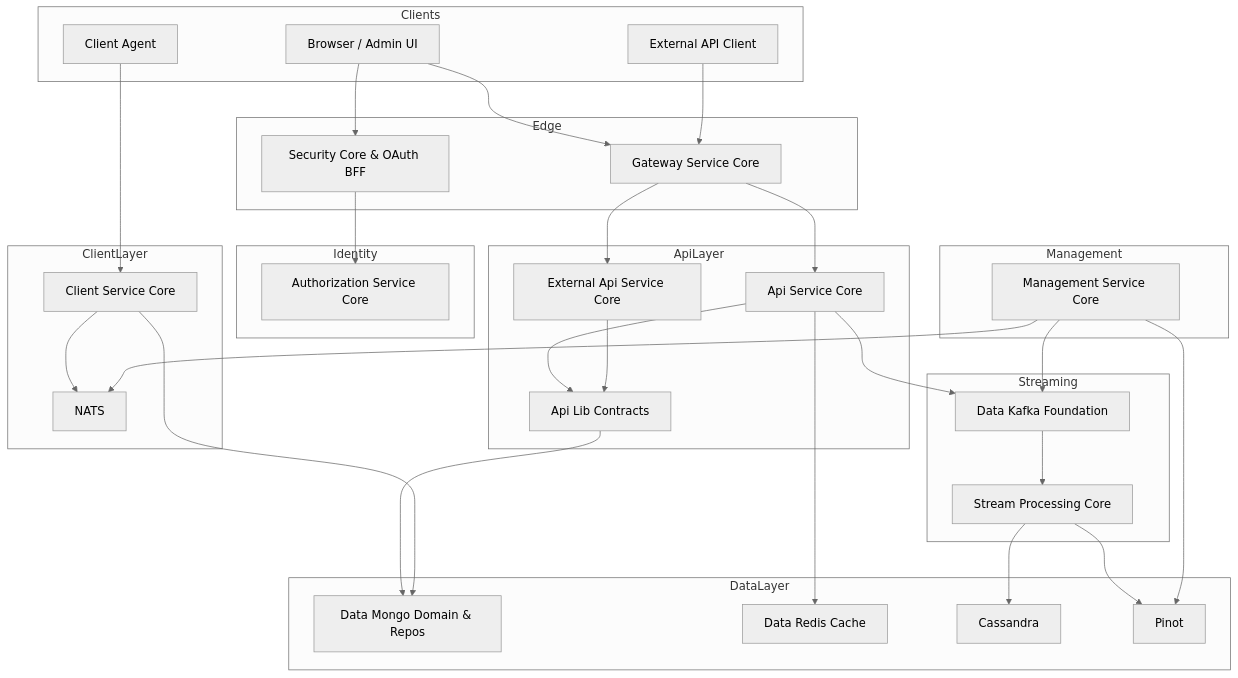
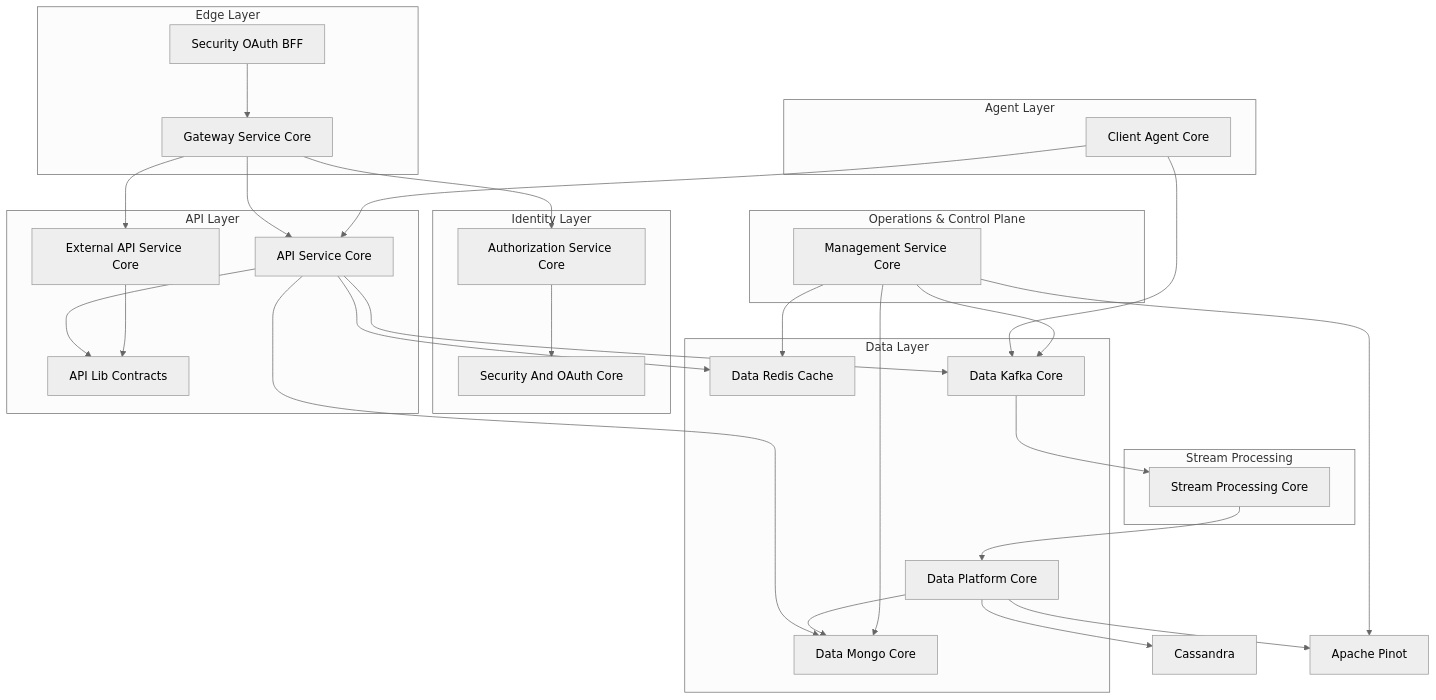
One commit to flamingo-stack/openframe-oss-lib changed the first of 3 diagrams in docs/reference/architecture/README.md. Above: the diagram before and after it, drawn with Mermaid (neutral theme). The commit also changed other lines of this file and 172 other files, not shown here.

````diff
--- a/docs/reference/architecture/README.md
+++ b/docs/reference/architecture/README.md
@@ -54,70 +49,67 @@
 ```mermaid
 flowchart TD
-    subgraph Clients
-        Browser["Browser / Admin UI"]
-        Agent["Client Agent"]
-        ExternalClient["External API Client"]
+
+    subgraph Edge_Layer["Edge Layer"]
+        Gateway["Gateway Service Core"]
+        BFF["Security OAuth BFF"]
     end
 
-    subgraph Edge
-        Gateway["Gateway Service Core"]
-        OAuthBff["Security Core & OAuth BFF"]
+    subgraph Identity_Layer["Identity Layer"]
+        Auth["Authorization Service Core"]
+        SecurityCore["Security And OAuth Core"]
     end
 
-    subgraph Identity
-        Authz["Authorization Service Core"]
+    subgraph API_Layer["API Layer"]
+        ApiService["API Service Core"]
+        ExternalApi["External API Service Core"]
+        Contracts["API Lib Contracts"]
     end
 
-    subgraph ApiLayer
-        ApiCore["Api Service Core"]
-        ExternalApi["External Api Service Core"]
-        Contracts["Api Lib Contracts"]
+    subgraph Agent_Layer["Agent Layer"]
+        ClientCore["Client Agent Core"]
     end
 
-    subgraph ClientLayer
-        ClientCore["Client Service Core"]
-        Nats["NATS"]
+    subgraph Data_Layer["Data Layer"]
+        Mongo["Data Mongo Core"]
+        Redis["Data Redis Cache"]
+        Kafka["Data Kafka Core"]
+        PlatformData["Data Platform Core"]
     end
 
-    subgraph Streaming
-        Kafka["Data Kafka Foundation"]
+    subgraph Stream_Layer["Stream Processing"]
         StreamCore["Stream Processing Core"]
     end
 
-    subgraph DataLayer
-        Mongo["Data Mongo Domain & Repos"]
-        Redis["Data Redis Cache"]
-        Cassandra["Cassandra"]
-        Pinot["Pinot"]
+    subgraph Ops_Layer["Operations & Control Plane"]
+        Management["Management Service Core"]
     end
 
-    subgraph Management
-        Mgmt["Management Service Core"]
-    end
+    BFF --> Gateway
+    Gateway --> ApiService
+    Gateway --> ExternalApi
+    Gateway --> Auth
 
-    Browser --> OAuthBff
-    OAuthBff --> Authz
-    Browser --> Gateway
-    ExternalClient --> Gateway
-    Agent --> ClientCore
+    Auth --> SecurityCore
 
-    Gateway --> ApiCore
-    Gateway --> ExternalApi
+    ApiService --> Contracts
+    ExternalApi --> Contracts
 
-    ApiCore --> Contracts
-    ExternalApi --> Contracts
-    Contracts --> Mongo
+    ApiService --> Mongo
+    ApiService --> Redis
+    ApiService --> Kafka
 
-    ClientCore --> Mongo
-    ClientCore --> Nats
+    ClientCore --> Kafka
+    ClientCore --> ApiService
 
-    ApiCore --> Kafka
     Kafka --> StreamCore
-    StreamCore --> Cassandra
-    StreamCore --> Pinot
+    StreamCore --> PlatformData
 
-    ApiCore --> Redis
-    Mgmt --> Kafka
-    Mgmt --> Nats
-    Mgmt --> Pinot
+    PlatformData --> Mongo
+    PlatformData --> Cassandra["Cassandra"]
+    PlatformData --> Pinot["Apache Pinot"]
+
+    Management --> Kafka
+    Management --> Mongo
+    Management --> Redis
+    Management --> Pinot
 ```
````
